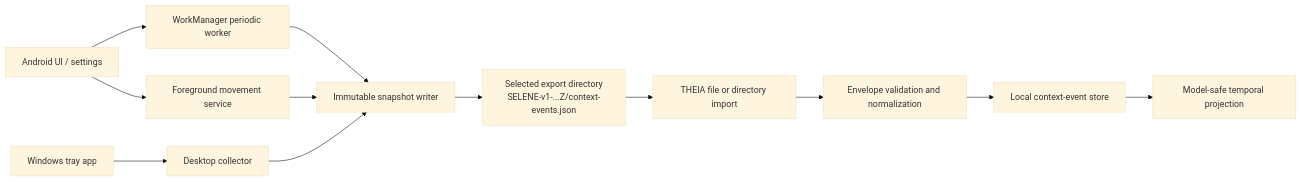
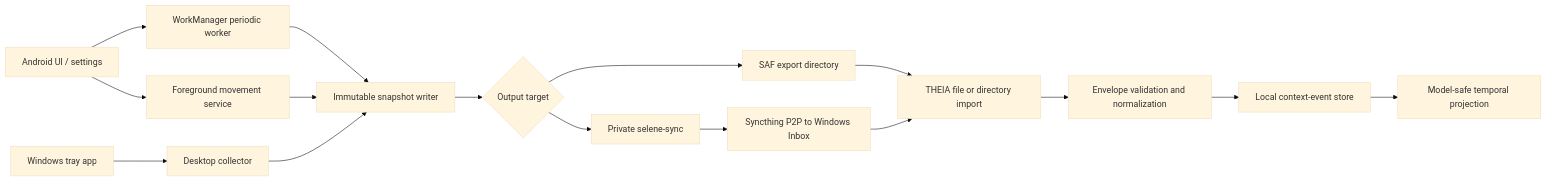
One commit to bakahuiii/SELENE changed the first of 3 diagrams in docs/DEVELOPER_GUIDE.md. Above: the diagram before and after it, drawn with Mermaid (base theme). The commit also changed other lines of this file and 54 other files, not shown here.

````diff
--- a/docs/DEVELOPER_GUIDE.md
+++ b/docs/DEVELOPER_GUIDE.md
@@ -63,14 +68,18 @@
 ```mermaid
 flowchart LR
   A["Android UI / settings"] --> B["WorkManager periodic worker"]
   A --> C["Foreground movement service"]
   D["Windows tray app"] --> E["Desktop collector"]
   B --> F["Immutable snapshot writer"]
   C --> F
   E --> F
-  F --> G["Selected export directory\nSELENE-v1-...Z/context-events.json"]
-  G --> H["THEIA file or directory import"]
+  F --> G{"Output target"}
+  G --> G1["SAF export directory"]
+  G --> G2["Private selene-sync"]
+  G2 --> G3["Syncthing P2P to Windows Inbox"]
+  G1 --> H["THEIA file or directory import"]
+  G3 --> H
   H --> I["Envelope validation and normalization"]
   I --> J["Local context-event store"]
   J --> K["Model-safe temporal projection"]
 ```
````
